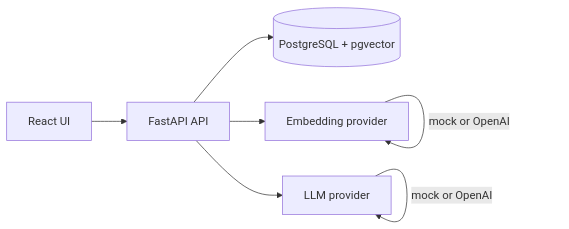
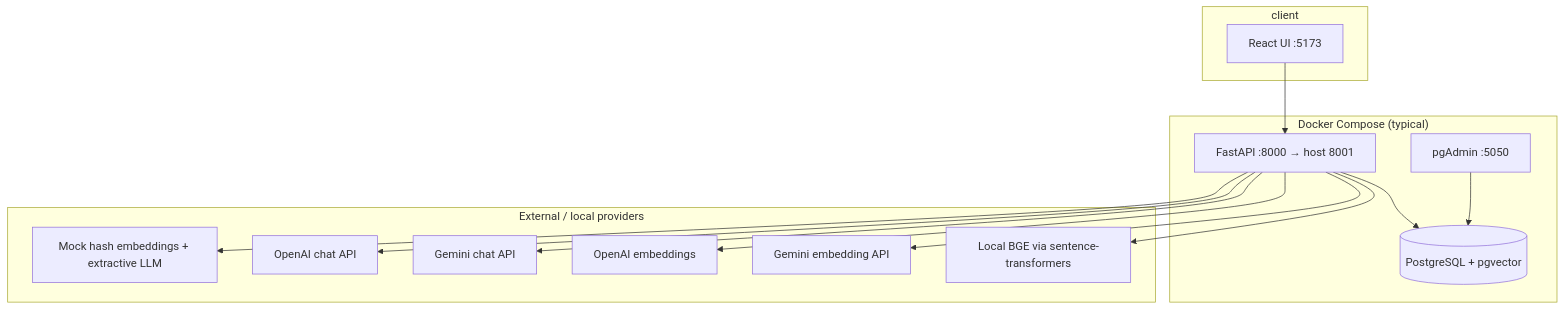
Before and after one commit to nivathamuthu/Mini-KB-Assistant: the diagram in ARCHITECTURE.md, drawn with Mermaid. The commit also changed other lines of this file and 4 other files, not shown here.

````diff
--- a/ARCHITECTURE.md
+++ b/ARCHITECTURE.md
@@ -5,9 +5,28 @@
 ```mermaid
-flowchart LR
-  UI[React UI] --> API[FastAPI API]
-  API --> PG[(PostgreSQL + pgvector)]
-  API --> EMB[Embedding provider]
-  API --> LLM[LLM provider]
-  EMB -->|mock or OpenAI| EMB
-  LLM -->|mock or OpenAI| LLM
+flowchart TB
+  subgraph client
+    UI[React UI :5173]
+  end
+  subgraph docker["Docker Compose (typical)"]
+    API[FastAPI :8000 → host 8001]
+    PG[(PostgreSQL + pgvector)]
+    PGA[pgAdmin :5050]
+  end
+  subgraph providers["External / local providers"]
+    BGE[Local BGE via sentence-transformers]
+    GEM_E[Gemini embedding API]
+    OAI_E[OpenAI embeddings]
+    GEM_L[Gemini chat API]
+    OAI_L[OpenAI chat API]
+    MOCK[Mock hash embeddings + extractive LLM]
+  end
+  UI --> API
+  API --> PG
+  PGA --> PG
+  API --> BGE
+  API --> GEM_E
+  API --> OAI_E
+  API --> GEM_L
+  API --> OAI_L
+  API --> MOCK
 ```
````
